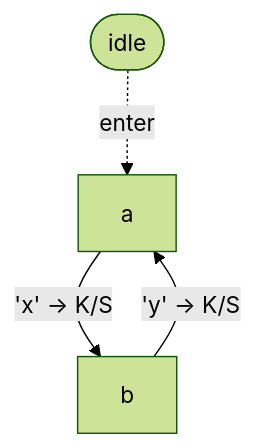
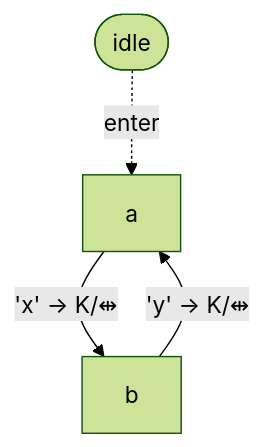
One commit to mellonis/turing-machine-js changed the fifth of 8 diagrams in packages/machine/README.md. Above: the diagram before and after it, drawn with Mermaid (forest theme). The commit also changed other lines of this file and 6 other files, not shown here.

````diff
--- a/packages/machine/README.md
+++ b/packages/machine/README.md
@@ -312,10 +312,10 @@
 ```mermaid
 flowchart TD
 %% alphabets: [[" ","x","y"]]
   s1["a"]
   s2["b"]
   idle([idle])
   idle -. enter .-> s1
-  s1 -- "'x' → K/S" --> s2
-  s2 -- "'y' → K/S" --> s1
+  s1 -- "'x' → K/⇹" --> s2
+  s2 -- "'y' → K/⇹" --> s1
 ```
````
